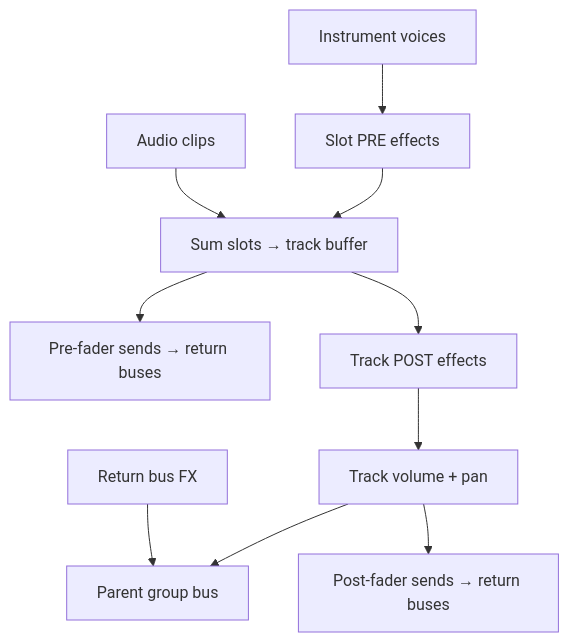
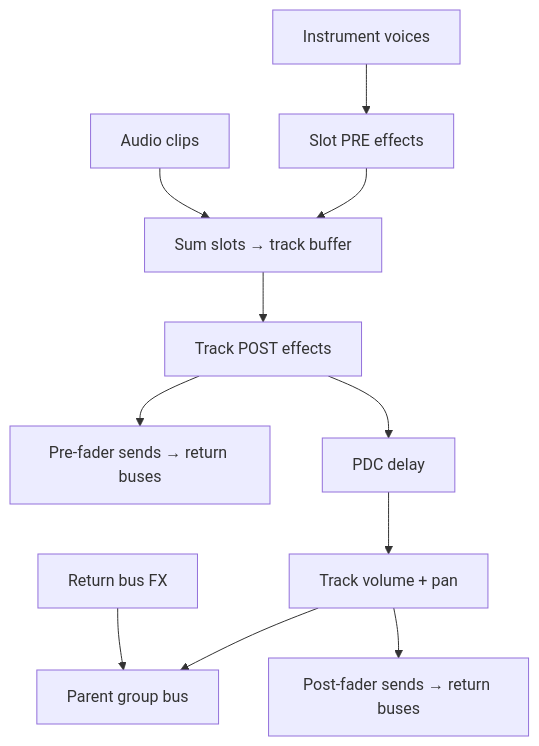
Before and after one commit to 1-chris/Ongenet: the second of 2 diagrams in site/dev-staging/audio-engine.md, drawn with Mermaid. The commit also changed other lines of this file and 137 other files, not shown here.

````diff
--- a/site/dev-staging/audio-engine.md
+++ b/site/dev-staging/audio-engine.md
@@ -219,12 +228,13 @@
 ```mermaid
 flowchart TB
     V[Instrument voices] --> S[Slot PRE effects]
     S --> T[Sum slots → track buffer]
     A[Audio clips] --> T
-    T --> PF[Pre-fader sends → return buses]
     T --> P[Track POST effects]
-    P --> G[Track volume + pan]
+    P --> PF[Pre-fader sends → return buses]
+    P --> PDC[PDC delay]
+    PDC --> G[Track volume + pan]
     G --> B[Parent group bus]
     G --> PO[Post-fader sends → return buses]
     R[Return bus FX] --> B
 ```
````
